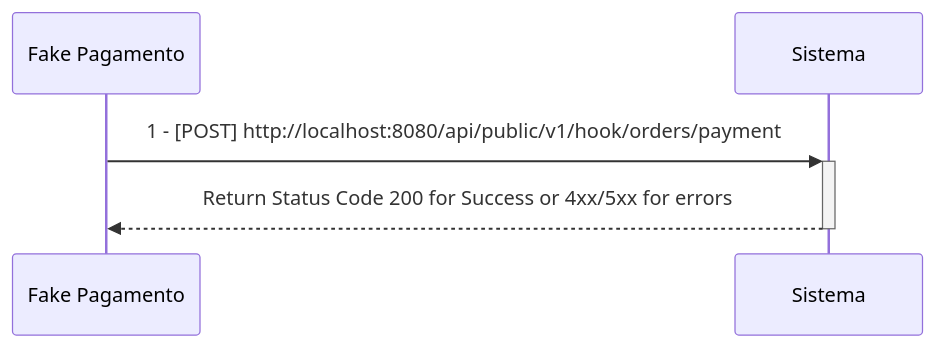
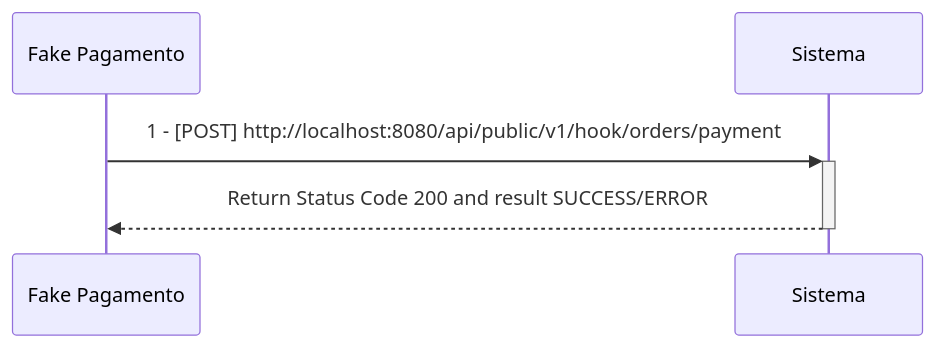
Before and after one commit to fiap-8soat-tc-one/tc-backend: the second of 4 diagrams in README.md, drawn with Mermaid. The commit also changed other lines of this file, not shown here.

Commit message:
improve readme

````diff
--- a/README.md
+++ b/README.md
@@ -121,5 +121,5 @@
 ```mermaid
 sequenceDiagram
     Fake Pagamento->>+Sistema: 1 - [POST] http://localhost:8080/api/public/v1/hook/orders/payment
-    Sistema-->>-Fake Pagamento: Return Status Code 200 for Success or 4xx/5xx for errors
+    Sistema-->>-Fake Pagamento: Return Status Code 200 and result SUCCESS/ERROR
 ```
````
